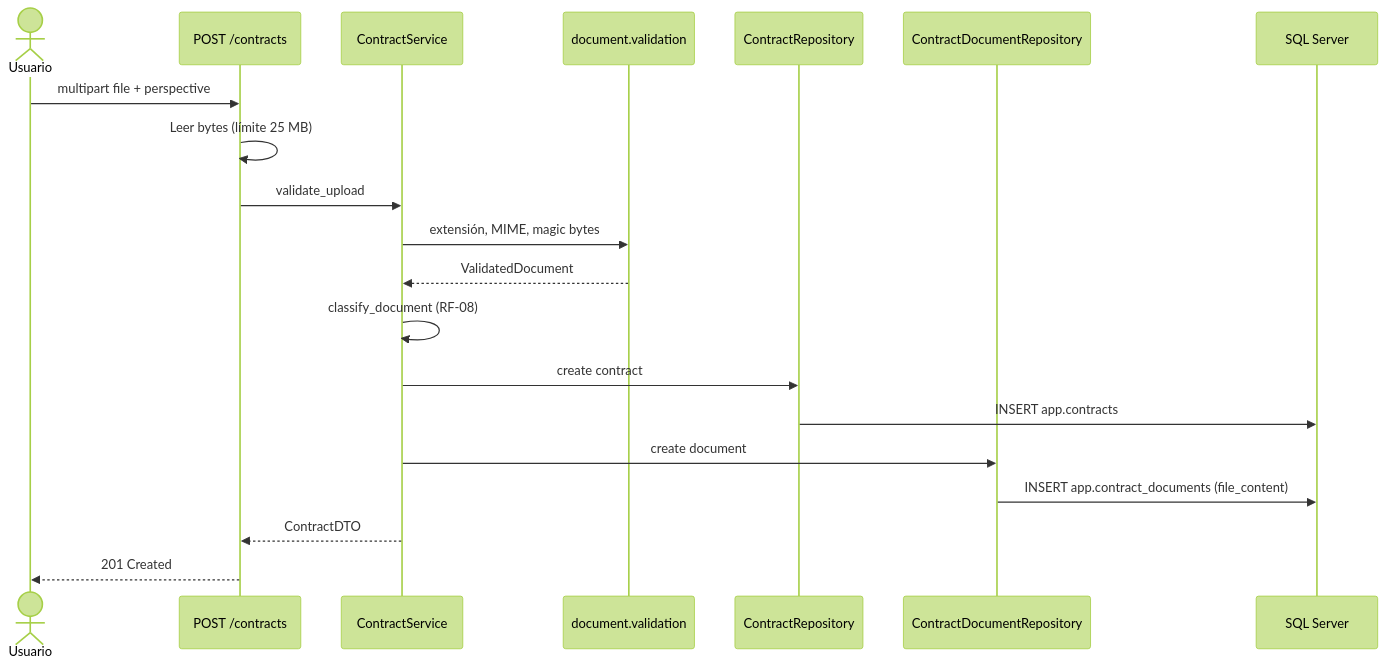
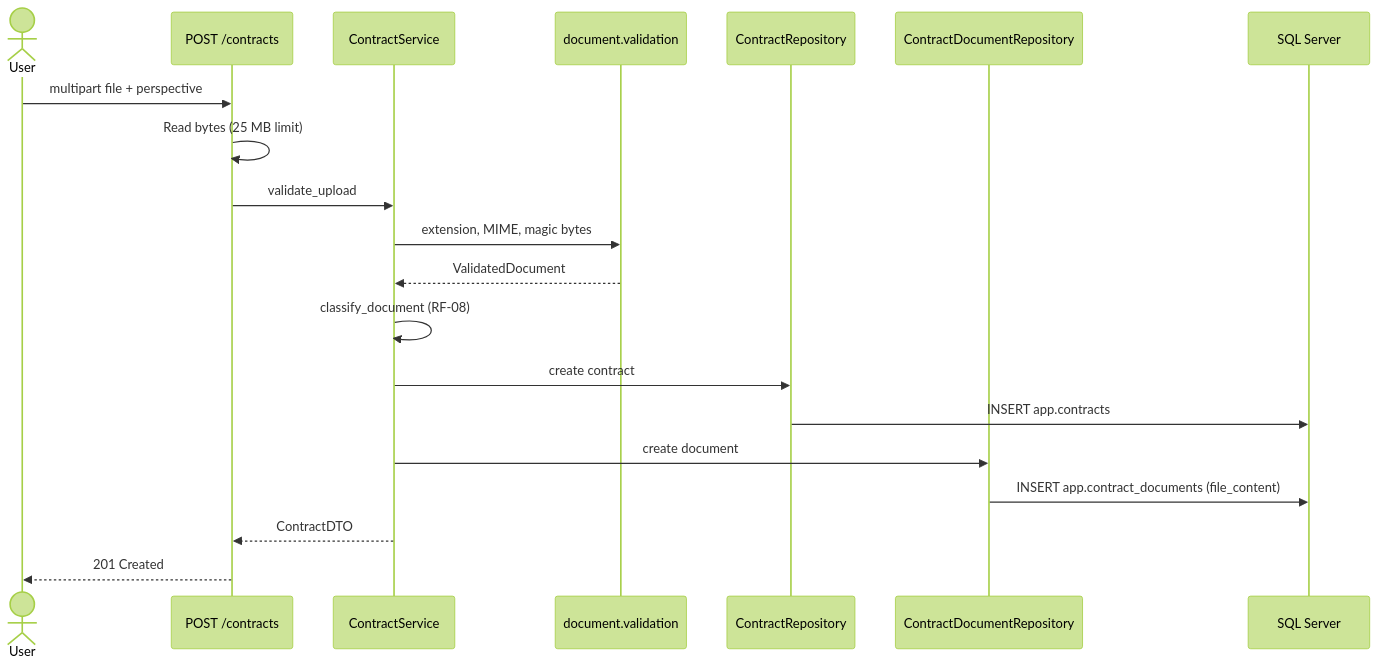
Before and after one commit to victorm-ai/legal-rent-ai: the diagram in docs/contracts.md, drawn with Mermaid (forest theme). The commit also changed other lines of this file and 57 other files, not shown here.

````diff
--- a/docs/contracts.md
+++ b/docs/contracts.md
@@ -53,23 +53,23 @@
 ```mermaid
 sequenceDiagram
-    actor User as Usuario
+    actor User as User
     participant API as POST /contracts
     participant Svc as ContractService
     participant Val as document.validation
     participant CR as ContractRepository
     participant DR as ContractDocumentRepository
     participant DB as SQL Server
 
     User->>API: multipart file + perspective
-    API->>API: Leer bytes (límite 25 MB)
+    API->>API: Read bytes (25 MB limit)
     API->>Svc: validate_upload
-    Svc->>Val: extensión, MIME, magic bytes
+    Svc->>Val: extension, MIME, magic bytes
     Val-->>Svc: ValidatedDocument
     Svc->>Svc: classify_document (RF-08)
     Svc->>CR: create contract
     CR->>DB: INSERT app.contracts
     Svc->>DR: create document
     DR->>DB: INSERT app.contract_documents (file_content)
     Svc-->>API: ContractDTO
     API-->>User: 201 Created
 ```
````
